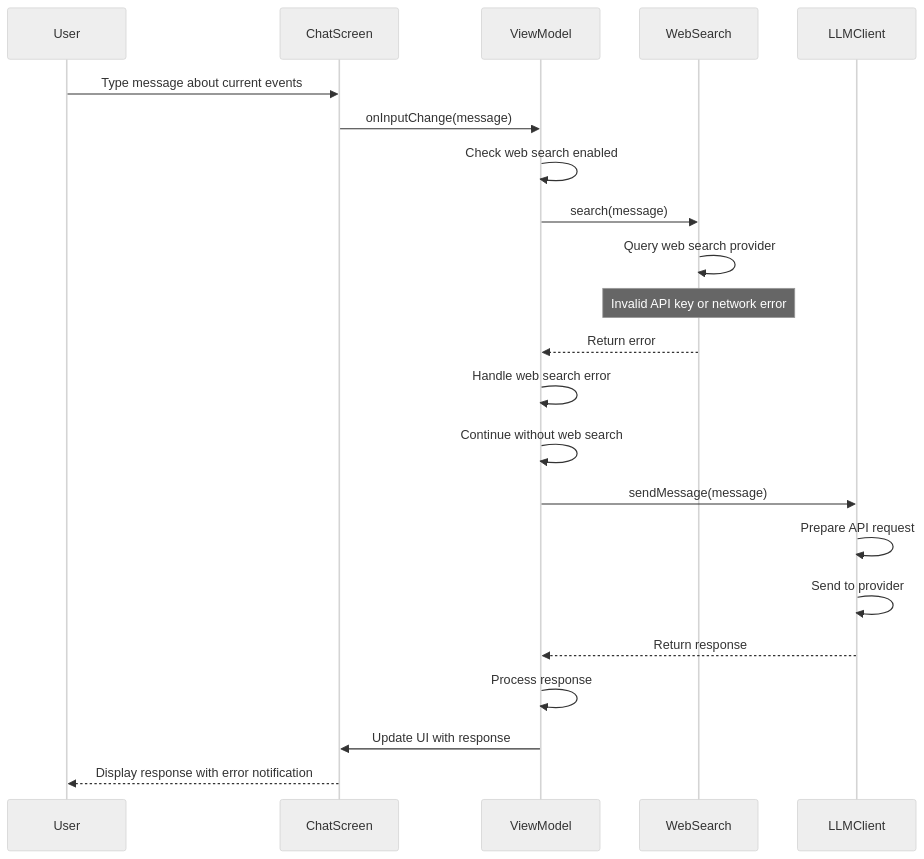
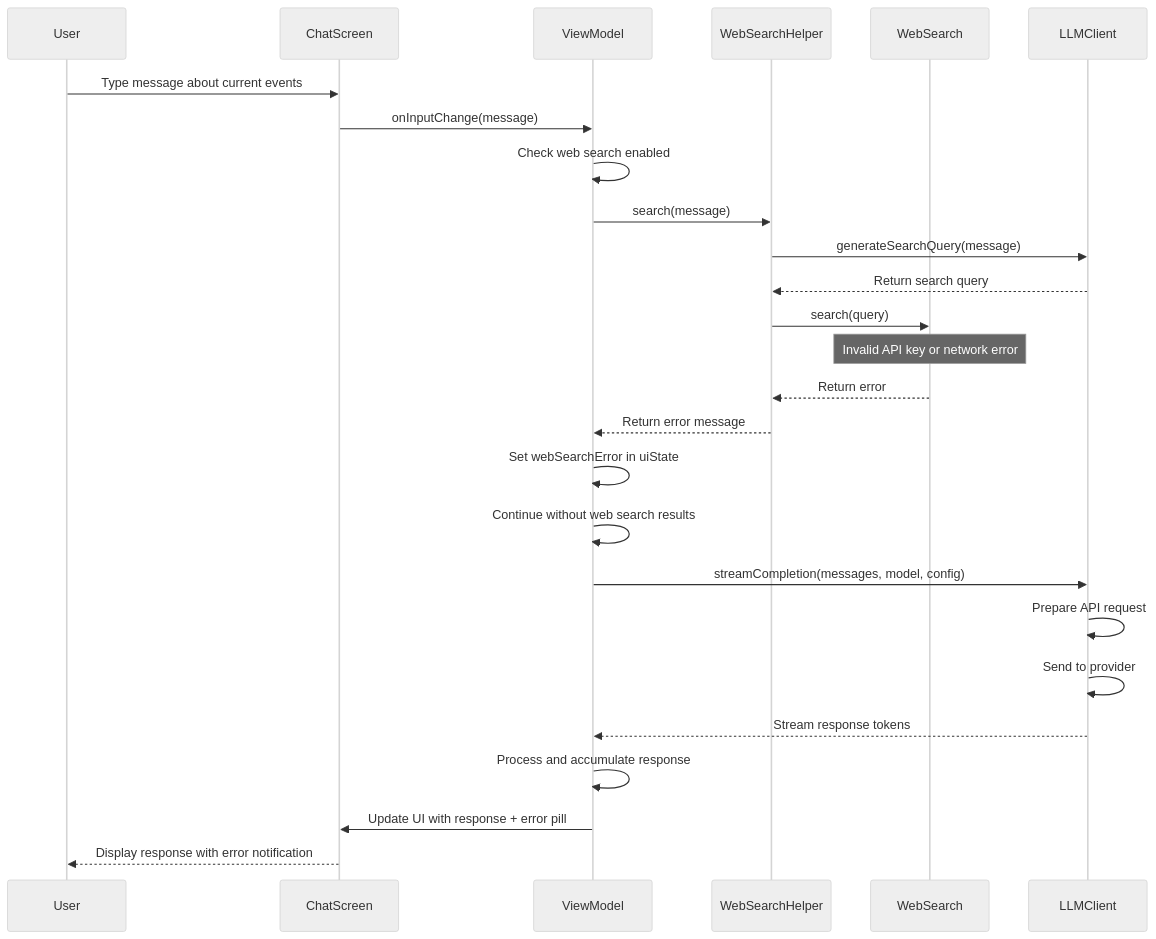
Before and after one commit to lehoang318/buddy: the eighth of 10 diagrams in docs/seq_chat.md, drawn with Mermaid (neutral theme). The commit also changed other lines of this file and 7 other files, not shown here.

````diff
--- a/docs/seq_chat.md
+++ b/docs/seq_chat.md
@@ -203,25 +206,29 @@
 ```mermaid
 sequenceDiagram
     participant User
     participant ChatScreen
     participant ViewModel
+    participant WebSearchHelper
     participant WebSearch
     participant LLMClient
 
     User->>ChatScreen: Type message about current events
     ChatScreen->>ViewModel: onInputChange(message)
     ViewModel->>ViewModel: Check web search enabled
-    ViewModel->>WebSearch: search(message)
-    WebSearch->>WebSearch: Query web search provider
+    ViewModel->>WebSearchHelper: search(message)
+    WebSearchHelper->>LLMClient: generateSearchQuery(message)
+    LLMClient-->>WebSearchHelper: Return search query
+    WebSearchHelper->>WebSearch: search(query)
     Note over WebSearch: Invalid API key or network error
-    WebSearch-->>ViewModel: Return error
-    ViewModel->>ViewModel: Handle web search error
-    ViewModel->>ViewModel: Continue without web search
-    ViewModel->>LLMClient: sendMessage(message)
+    WebSearch-->>WebSearchHelper: Return error
+    WebSearchHelper-->>ViewModel: Return error message
+    ViewModel->>ViewModel: Set webSearchError in uiState
+    ViewModel->>ViewModel: Continue without web search results
+    ViewModel->>LLMClient: streamCompletion(messages, model, config)
     LLMClient->>LLMClient: Prepare API request
     LLMClient->>LLMClient: Send to provider
-    LLMClient-->>ViewModel: Return response
-    ViewModel->>ViewModel: Process response
-    ViewModel->>ChatScreen: Update UI with response
+    LLMClient-->>ViewModel: Stream response tokens
+    ViewModel->>ViewModel: Process and accumulate response
+    ViewModel->>ChatScreen: Update UI with response + error pill
     ChatScreen-->>User: Display response with error notification
 ```
````
